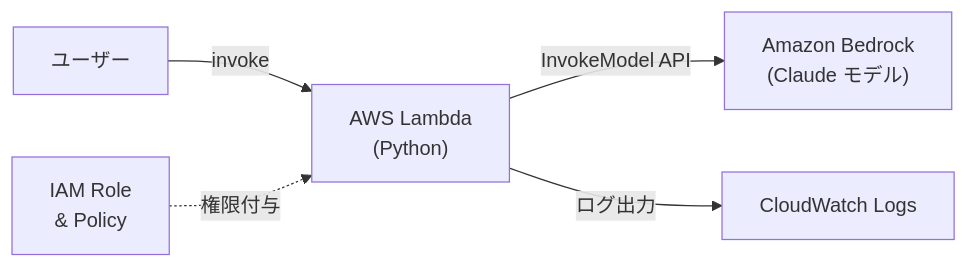
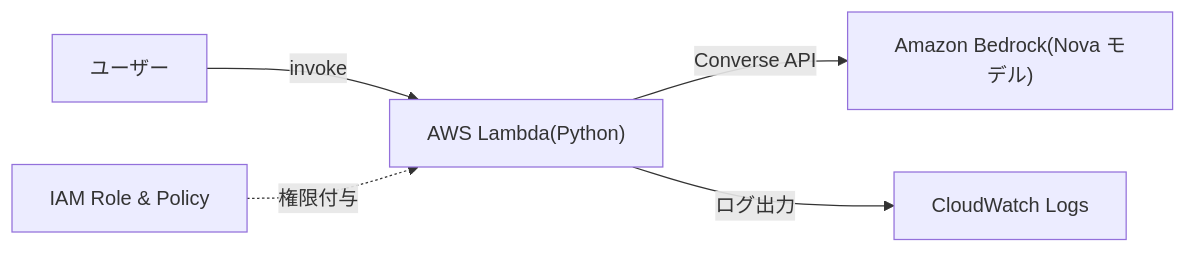
The diagram in _posts/startBedrock.md (WAT36/note3-next), drawn with Mermaid before and after one commit. The commit also changed other lines of this file, not shown here.

````diff
--- a/_posts/startBedrock.md
+++ b/_posts/startBedrock.md
@@ -57,16 +39,13 @@
 ```mermaid
 flowchart LR
     User["ユーザー"]
-    Lambda["AWS Lambda
-(Python)"]
-    Bedrock["Amazon Bedrock
-(Claude モデル)"]
-    IAM["IAM Role
-& Policy"]
+    Lambda["AWS Lambda(Python)"]
+    Bedrock["Amazon Bedrock(Nova モデル)"]
+    IAM["IAM Role & Policy"]
     CW["CloudWatch Logs"]
 
     User -->|"invoke"| Lambda
-    Lambda -->|"InvokeModel API"| Bedrock
+    Lambda -->|"Converse API"| Bedrock
     IAM -.->|"権限付与"| Lambda
     Lambda -->|"ログ出力"| CW
 ```
````
